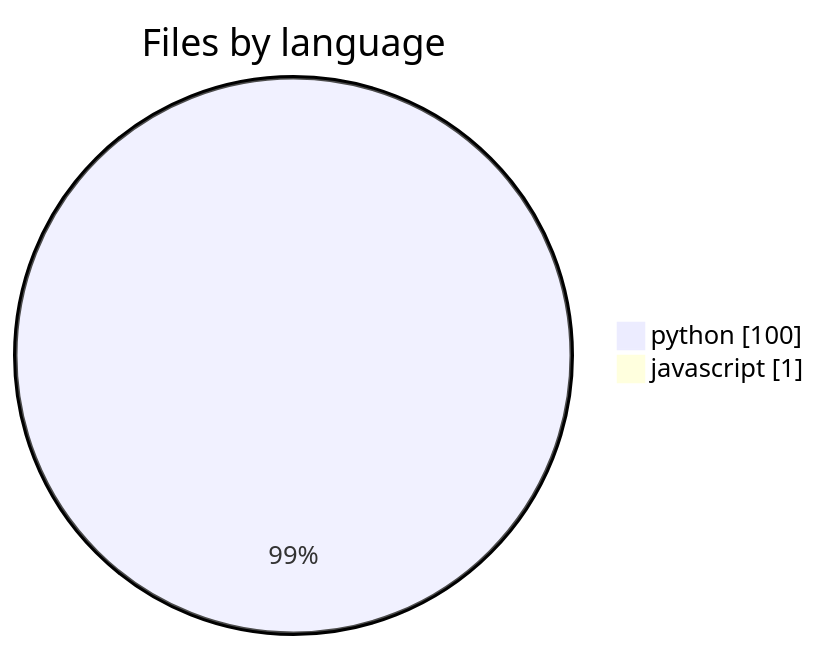
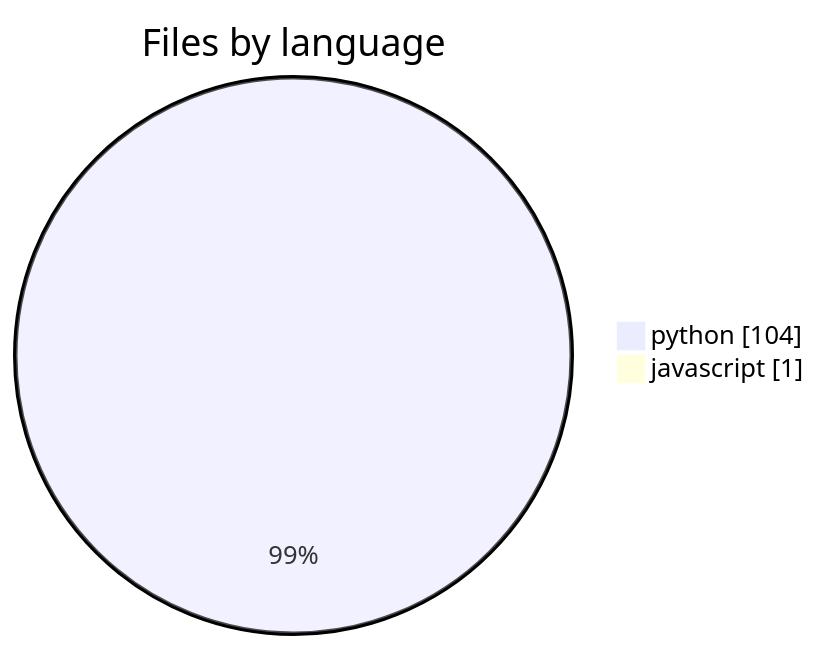
Before and after one commit to wolframs/jspace-probes: the first of 5 diagrams in .mentis/context/languages.md, drawn with Mermaid. The commit also changed other lines of this file and 252 other files, not shown here.

````diff
--- a/.mentis/context/languages.md
+++ b/.mentis/context/languages.md
@@ -15,5 +15,5 @@
 ```mermaid
 pie showData title Files by language
-    "python" : 100
+    "python" : 104
     "javascript" : 1
 ```
````
